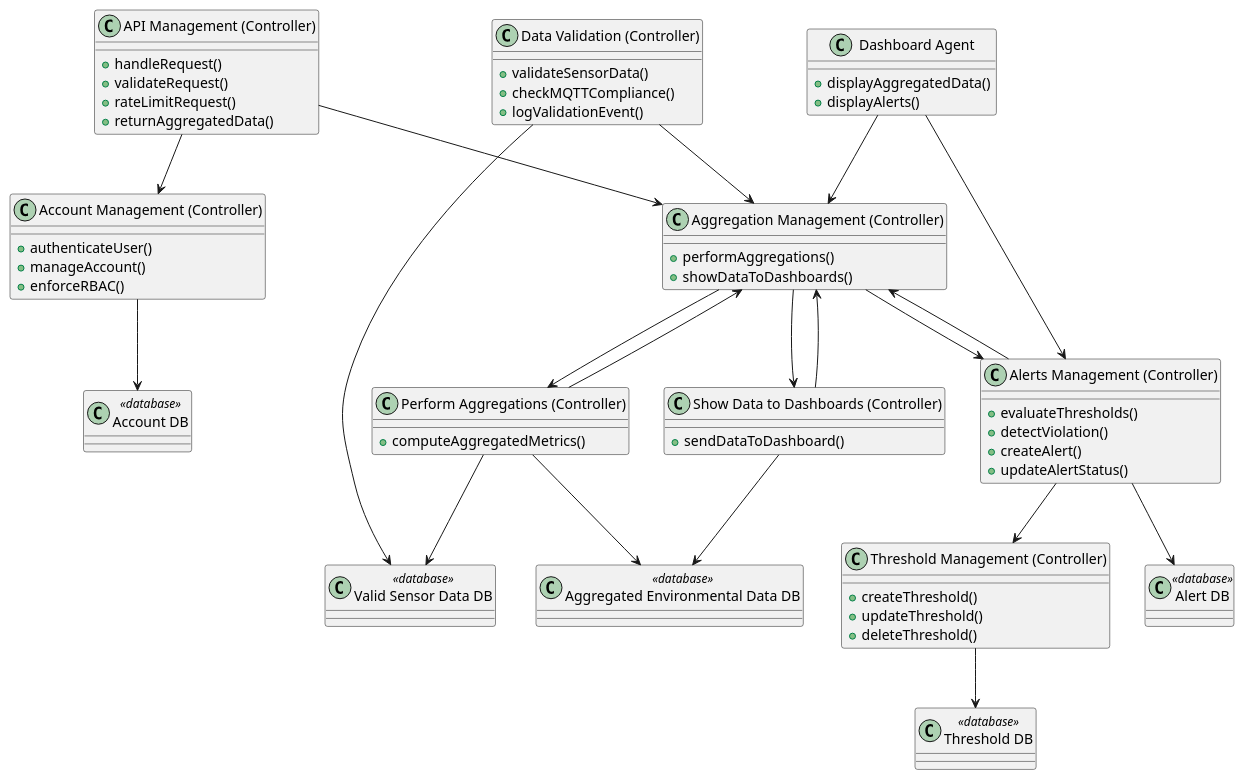
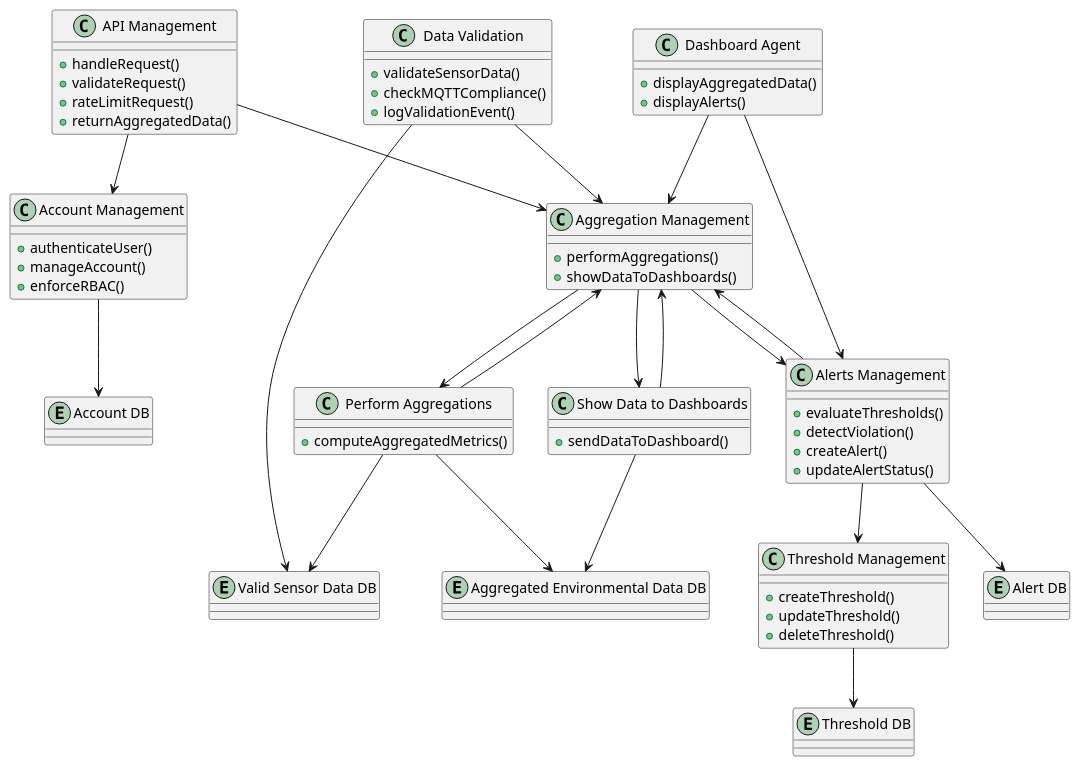
Before and after one commit to harmanpreet-sagar/sfwreng-3a04-group6-t01-scemas: the diagram in docs/diagrams/plantuml/class/AggregationManagement.puml, drawn with PlantUML.

Commit message:
Remove database and controller labels

```diff
--- a/docs/diagrams/plantuml/class/AggregationManagement.puml
+++ b/docs/diagrams/plantuml/class/AggregationManagement.puml
@@ -1,112 +1,112 @@
 @startuml AggregationManagement
 
 ' =========================
 ' ACCOUNT MANAGEMENT
 ' =========================
-class "Account Management (Controller)" as AccountMgmt {
+class "Account Management" as AccountMgmt {
   +authenticateUser()
   +manageAccount()
   +enforceRBAC()
 }
 
-class "Account DB" as AccountDB <<database>>
+entity "Account DB" as AccountDB
 AccountMgmt --> AccountDB
 
 ' =========================
 ' DATA VALIDATION
 ' =========================
-class "Data Validation (Controller)" as Validation {
+class "Data Validation" as Validation {
   +validateSensorData()
   +checkMQTTCompliance()
   +logValidationEvent()
 }
 
-class "Valid Sensor Data DB" as ValidDB <<database>>
+entity "Valid Sensor Data DB" as ValidDB
 Validation --> ValidDB
 
 ' =========================
 ' AGGREGATION MANAGEMENT
 ' =========================
-class "Aggregation Management (Controller)" as AggMgmt {
+class "Aggregation Management" as AggMgmt {
   +performAggregations()
   +showDataToDashboards()
 }
 
-class "Perform Aggregations (Controller)" as PerformAgg {
+class "Perform Aggregations" as PerformAgg {
   +computeAggregatedMetrics()
 }
 
-class "Show Data to Dashboards (Controller)" as ShowDash {
+class "Show Data to Dashboards" as ShowDash {
   +sendDataToDashboard()
 }
 
-class "Aggregated Environmental Data DB" as AggDB <<database>>
+entity "Aggregated Environmental Data DB" as AggDB
 
 AggMgmt --> PerformAgg
 AggMgmt --> ShowDash
 PerformAgg --> AggMgmt
 PerformAgg --> ValidDB
 PerformAgg --> AggDB
 
 ShowDash --> AggMgmt
 ShowDash --> AggDB
 
 ' =========================
 ' THRESHOLD MANAGEMENT
 ' =========================
-class "Threshold Management (Controller)" as ThreshMgmt {
+class "Threshold Management" as ThreshMgmt {
   +createThreshold()
   +updateThreshold()
   +deleteThreshold()
 }
 
-class "Threshold DB" as ThreshDB <<database>>
+entity "Threshold DB" as ThreshDB
 ThreshMgmt --> ThreshDB
 
 ' =========================
 ' ALERTS MANAGEMENT
 ' =========================
-class "Alerts Management (Controller)" as AlertsMgmt {
+class "Alerts Management" as AlertsMgmt {
   +evaluateThresholds()
   +detectViolation()
   +createAlert()
   +updateAlertStatus()
 }
 
-class "Alert DB" as AlertDB <<database>>
+entity "Alert DB" as AlertDB
 
 AlertsMgmt --> AlertDB
 AlertsMgmt --> ThreshMgmt
 AlertsMgmt --> AggMgmt
 
 ' =========================
 ' API MANAGEMENT
 ' =========================
-class "API Management (Controller)" as APIMgmt {
+class "API Management" as APIMgmt {
   +handleRequest()
   +validateRequest()
   +rateLimitRequest()
   +returnAggregatedData()
 }
 
 APIMgmt --> AggMgmt
 APIMgmt --> AccountMgmt
 
 ' =========================
 ' DASHBOARD AGENT
 ' =========================
 class "Dashboard Agent" as Dash {
   +displayAggregatedData()
   +displayAlerts()
 }
 
 Dash --> AggMgmt
 Dash --> AlertsMgmt
 
 ' =========================
 ' SYSTEM FLOW CONSISTENCY
 ' =========================
 Validation --> AggMgmt
 AggMgmt --> AlertsMgmt
 
 @enduml
```
